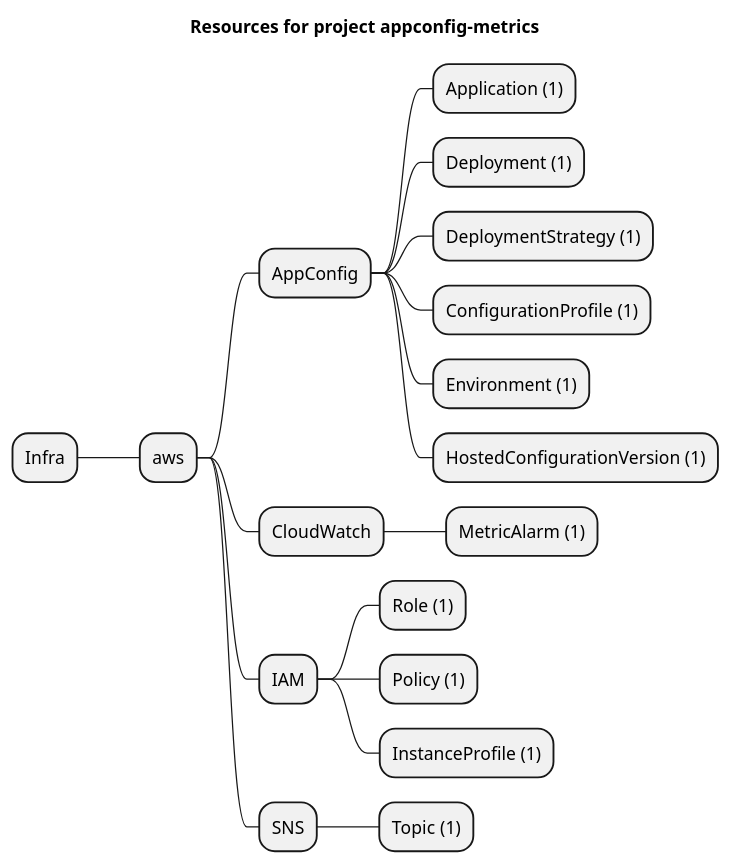
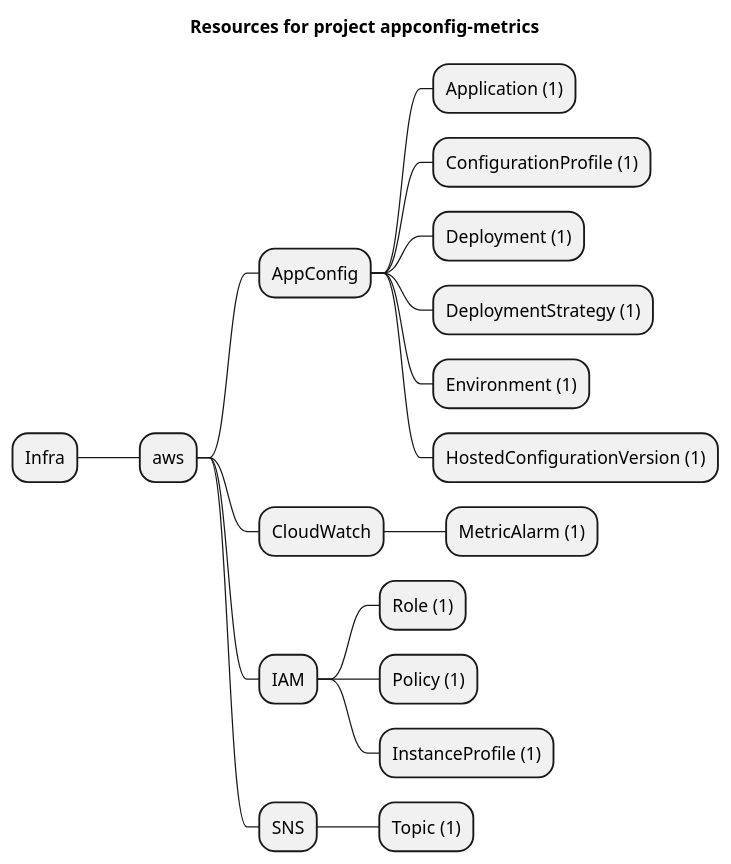
Before and after one commit to grucloud/grucloud: the diagram in examples/aws/AppConfig/appconfig-metrics/artifacts/resources-mindmap.puml, drawn with PlantUML. The commit also changed other lines of this file and 54 other files, not shown here.

```diff
--- a/examples/aws/AppConfig/appconfig-metrics/artifacts/resources-mindmap.puml
+++ b/examples/aws/AppConfig/appconfig-metrics/artifacts/resources-mindmap.puml
@@ -1,21 +1,21 @@
 @startmindmap
 title Resources for project appconfig-metrics
 skinparam monochrome true
 + Infra
 ++ aws
 +++ AppConfig
 ++++ Application (1)
+++++ ConfigurationProfile (1)
 ++++ Deployment (1)
 ++++ DeploymentStrategy (1)
-++++ ConfigurationProfile (1)
 ++++ Environment (1)
 ++++ HostedConfigurationVersion (1)
 +++ CloudWatch
 ++++ MetricAlarm (1)
 +++ IAM
 ++++ Role (1)
 ++++ Policy (1)
 ++++ InstanceProfile (1)
 +++ SNS
 ++++ Topic (1)
 @endmindmap
```
